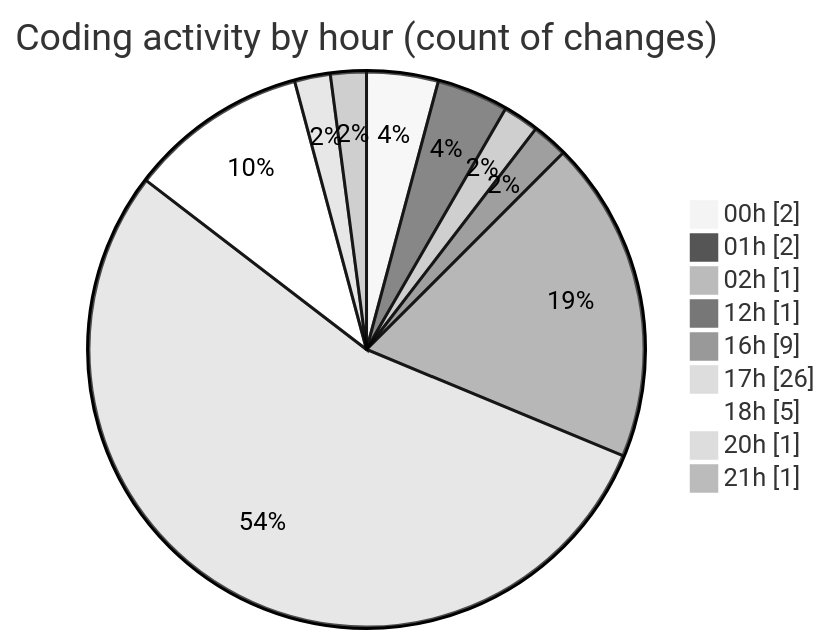
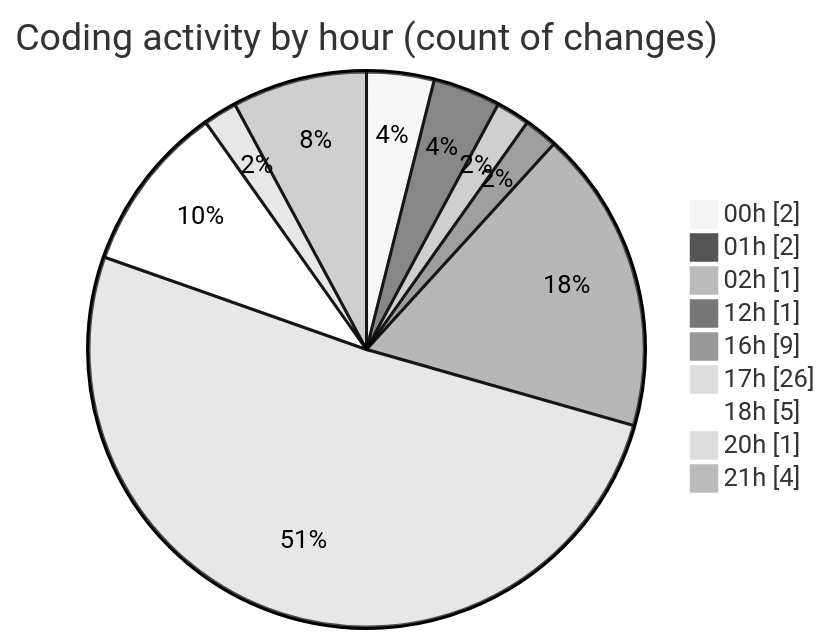
Before and after one commit to shibass792/code-tracking: the second of 2 diagrams in 2026-07-09/twenty_versions_aminor/README.md, drawn with Mermaid (neutral theme). The commit also changed other lines of this file and 1 other file, not shown here.

````diff
--- a/2026-07-09/twenty_versions_aminor/README.md
+++ b/2026-07-09/twenty_versions_aminor/README.md
@@ -47,13 +48,13 @@
 ```mermaid
 pie showData
 title Coding activity by hour (count of changes)
 "00h" : 2
 "01h" : 2
 "02h" : 1
 "12h" : 1
 "16h" : 9
 "17h" : 26
 "18h" : 5
 "20h" : 1
-"21h" : 1
+"21h" : 4
 ```
````
